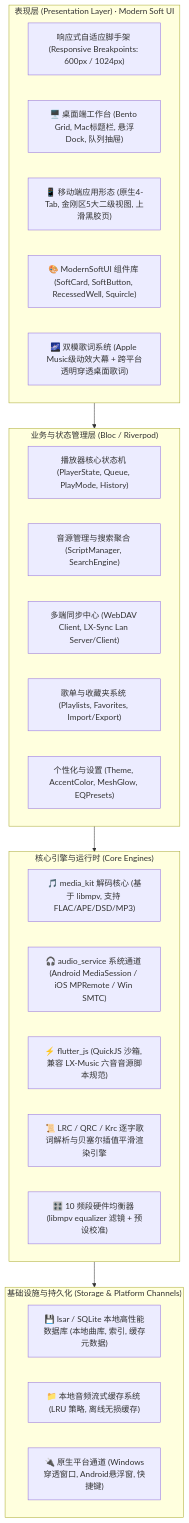
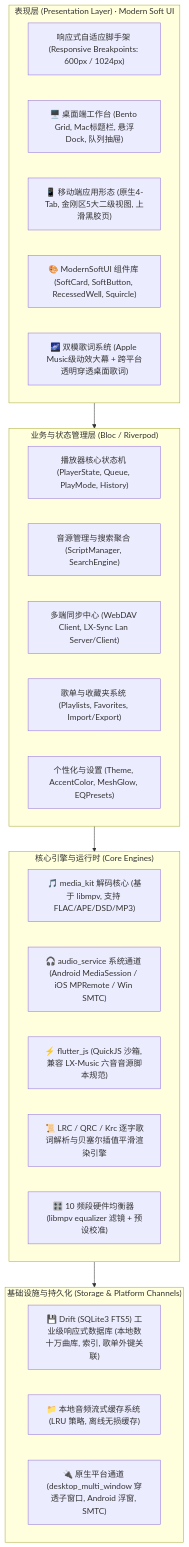
Before and after one commit to Kline-x/mellow-music-player: the diagram in docs/ROADMAP.md, drawn with Mermaid. The commit also changed other lines of this file and 1 other file, not shown here.

Commit message:
docs: finalize 5 core architectural standards verified via grill-with-docs

````diff
--- a/docs/ROADMAP.md
+++ b/docs/ROADMAP.md
@@ -9,36 +9,36 @@
 ```mermaid
 graph TD
     subgraph UI_Layer ["表现层 (Presentation Layer) · Modern Soft UI"]
         Responsive["响应式自适应脚手架 (Responsive Breakpoints: 600px / 1024px)"]
         DeskUI["🖥️ 桌面端工作台 (Bento Grid, Mac标题栏, 悬浮Dock, 队列抽屉)"]
         MobUI["📱 移动端应用形态 (原生4-Tab, 金刚区5大二级视图, 上滑黑胶页)"]
         SoftDS["🎨 ModernSoftUI 组件库 (SoftCard, SoftButton, RecessedWell, Squircle)"]
         LyricSys["🌌 双模歌词系统 (Apple Music级动效大幕 + 跨平台透明穿透桌面歌词)"]
     end
 
     subgraph State_Layer ["业务与状态管理层 (Bloc / Riverpod)"]
         PlayerBloc["播放器核心状态机 (PlayerState, Queue, PlayMode, History)"]
         SourceBloc["音源管理与搜索聚合 (ScriptManager, SearchEngine)"]
         SyncBloc["多端同步中心 (WebDAV Client, LX-Sync Lan Server/Client)"]
         PlaylistBloc["歌单与收藏夹系统 (Playlists, Favorites, Import/Export)"]
         SettingsBloc["个性化与设置 (Theme, AccentColor, MeshGlow, EQPresets)"]
     end
 
     subgraph Engine_Layer ["核心引擎与运行时 (Core Engines)"]
         MediaKit["🎵 media_kit 解码核心 (基于 libmpv, 支持 FLAC/APE/DSD/MP3)"]
         AudioService["🎧 audio_service 系统通道 (Android MediaSession / iOS MPRemote / Win SMTC)"]
         QuickJS["⚡ flutter_js (QuickJS 沙箱, 兼容 LX-Music 六音音源脚本规范)"]
         LyricEngine["📜 LRC / QRC / Krc 逐字歌词解析与贝塞尔插值平滑渲染引擎"]
         AudioDSP["🎛️ 10 频段硬件均衡器 (libmpv equalizer 滤镜 + 预设校准)"]
     end
 
     subgraph Infra_Layer ["基础设施与持久化 (Storage & Platform Channels)"]
-        Database["💾 Isar / SQLite 本地高性能数据库 (本地曲库, 索引, 缓存元数据)"]
+        Database["💾 Drift (SQLite3 FTS5) 工业级响应式数据库 (本地数十万曲库, 索引, 歌单外键关联)"]
         AudioCache["📁 本地音频流式缓存系统 (LRU 策略, 离线无损缓存)"]
-        PlatformChannels["🔌 原生平台通道 (Windows穿透窗口, Android悬浮窗, 快捷键)"]
+        PlatformChannels["🔌 原生平台通道 (desktop_multi_window 穿透子窗口, Android 浮窗, SMTC)"]
     end
 
     UI_Layer --> State_Layer
     State_Layer --> Engine_Layer
     Engine_Layer --> Infra_Layer
 ```
````
